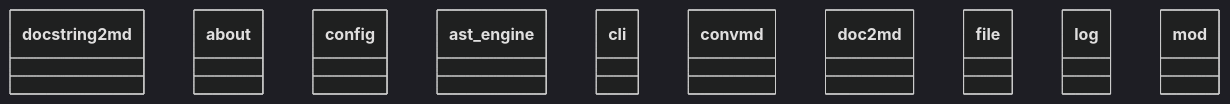
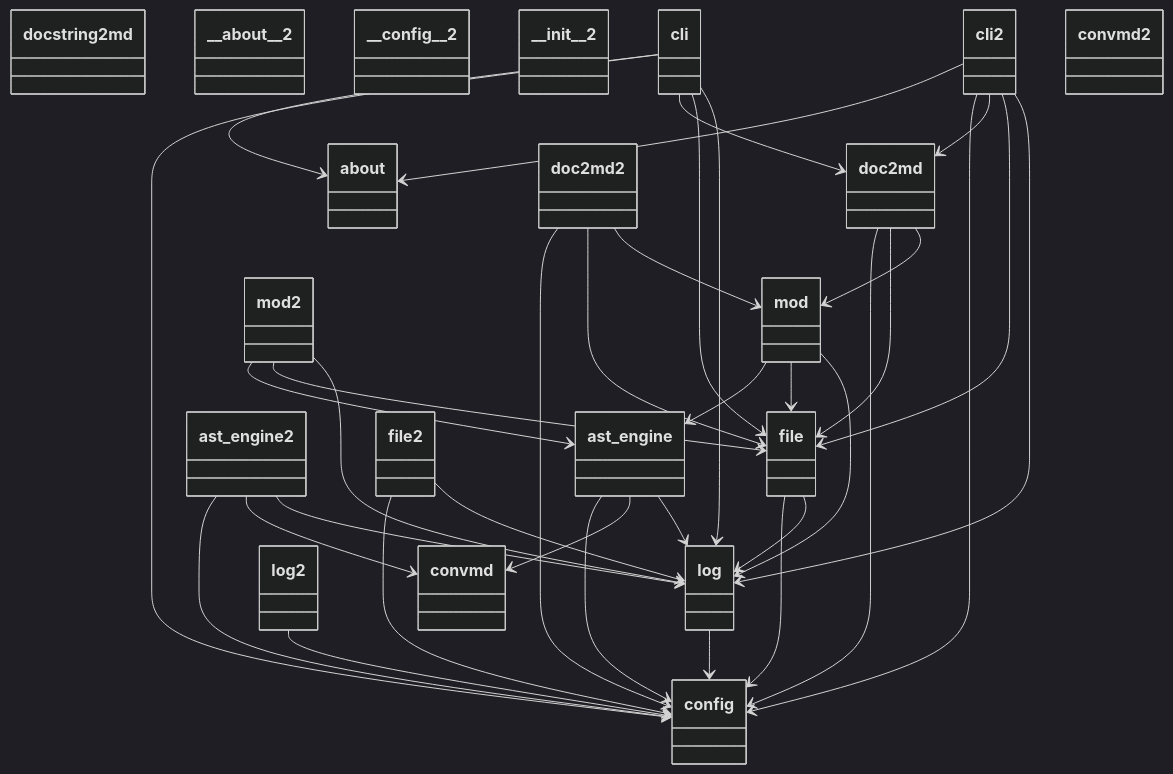
One commit to francois-le-ko4la/docstring-to-markdown changed the diagram in doc/packages_docstring2md.mmd. Above: the diagram before and after it, drawn with Mermaid (dark theme). The commit also changed 15 other files, not shown here.

```diff
--- a/doc/packages_docstring2md.mmd
+++ b/doc/packages_docstring2md.mmd
@@ -1,21 +1,75 @@
 classDiagram
   class docstring2md {
   }
   class __about__ {
   }
+  class __about__ 2 {
+  }
   class __config__ {
+  }
+  class __config__ 2 {
+  }
+  class __init__ 2 {
   }
   class ast_engine {
   }
+  class ast_engine 2 {
+  }
   class cli {
+  }
+  class cli 2 {
   }
   class convmd {
   }
+  class convmd 2 {
+  }
   class doc2md {
+  }
+  class doc2md 2 {
   }
   class file {
   }
+  class file 2 {
+  }
   class log {
+  }
+  class log 2 {
   }
   class mod {
   }
+  class mod 2 {
+  }
+  ast_engine --> __config__
+  ast_engine --> convmd
+  ast_engine --> log
+  ast_engine 2 --> __config__
+  ast_engine 2 --> convmd
+  ast_engine 2 --> log
+  cli --> __about__
+  cli --> __config__
+  cli --> doc2md
+  cli --> file
+  cli --> log
+  cli 2 --> __about__
+  cli 2 --> __config__
+  cli 2 --> doc2md
+  cli 2 --> file
+  cli 2 --> log
+  doc2md --> __config__
+  doc2md --> file
+  doc2md --> mod
+  doc2md 2 --> __config__
+  doc2md 2 --> file
+  doc2md 2 --> mod
+  file --> __config__
+  file --> log
+  file 2 --> __config__
+  file 2 --> log
+  log --> __config__
+  log 2 --> __config__
+  mod --> ast_engine
+  mod --> file
+  mod --> log
+  mod 2 --> ast_engine
+  mod 2 --> file
+  mod 2 --> log
```
